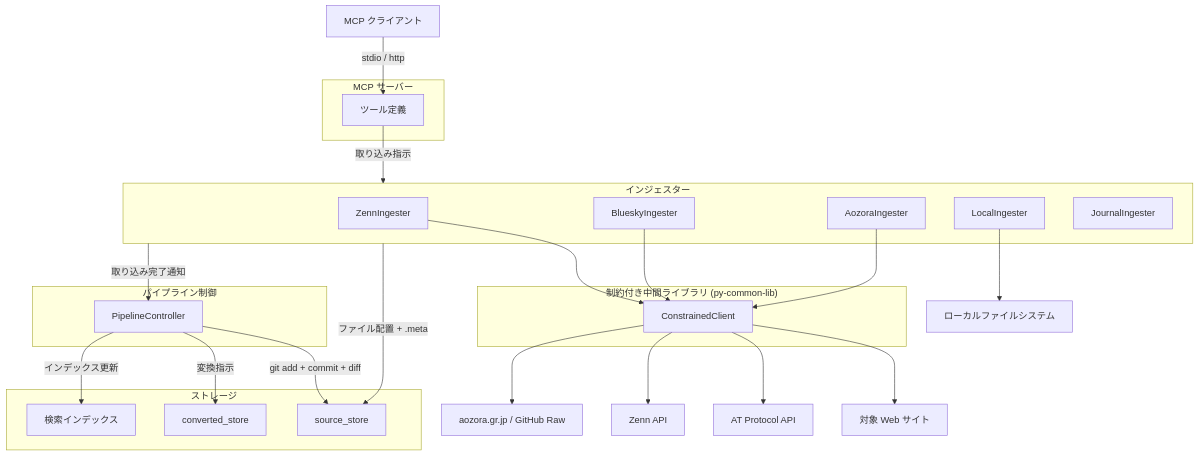
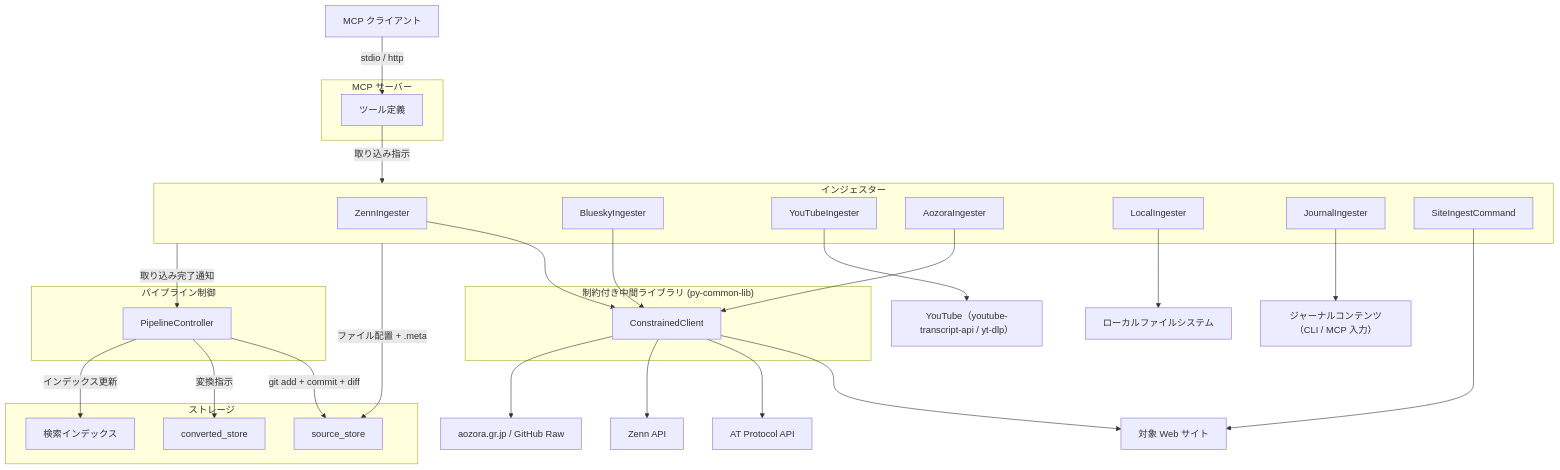
Before and after one commit to becky3/rag-knowledge: the diagram in docs/specs/ingesters/common.md, drawn with Mermaid. The commit also changed other lines of this file and 24 other files, not shown here.

````diff
--- a/docs/specs/ingesters/common.md
+++ b/docs/specs/ingesters/common.md
@@ -127,52 +127,59 @@
 ```mermaid
 flowchart TB
     CLIENT["MCP クライアント"]
 
     subgraph MCP["MCP サーバー"]
         TOOLS["ツール定義"]
     end
 
     subgraph Pipeline["パイプライン制御"]
         PC["PipelineController"]
     end
 
     subgraph Ingesters["インジェスター"]
         ZING["ZennIngester"]
         BING["BlueskyIngester"]
+        YING["YouTubeIngester"]
         AING["AozoraIngester"]
         DING["LocalIngester"]
         JING["JournalIngester"]
+        SITE["SiteIngestCommand"]
     end
 
     subgraph Safety["制約付き中間ライブラリ (py-common-lib)"]
         CC["ConstrainedClient"]
     end
 
     subgraph Storage["ストレージ"]
         SS["source_store"]
         CONV["converted_store"]
         IDX["検索インデックス"]
     end
 
     WEB["対象 Web サイト"]
     AT_API["AT Protocol API"]
     ZENN_API["Zenn API"]
+    YT_API["YouTube（youtube-transcript-api / yt-dlp）"]
     FS["ローカルファイルシステム"]
+    JNL_INPUT["ジャーナルコンテンツ（CLI / MCP 入力）"]
 
     CLIENT -->|stdio / http| TOOLS
     TOOLS -->|取り込み指示| Ingesters
     ZING --> CC
     BING --> CC
     CC --> WEB
     CC --> AT_API
     CC --> ZENN_API
     AING --> CC
     CC --> AOZORA["aozora.gr.jp / GitHub Raw"]
+    SITE --> WEB
+    YING --> YT_API
     DING --> FS
+    JING --> JNL_INPUT
 
     Ingesters -->|ファイル配置 + .meta| SS
     Ingesters -->|取り込み完了通知| PC
     PC -->|git add + commit + diff| SS
     PC -->|変換指示| CONV
     PC -->|インデックス更新| IDX
 ```
````
